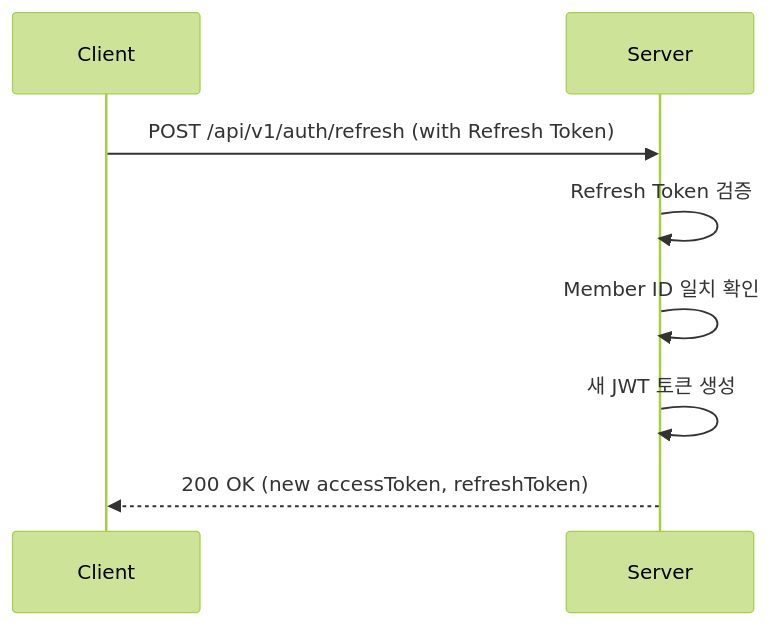
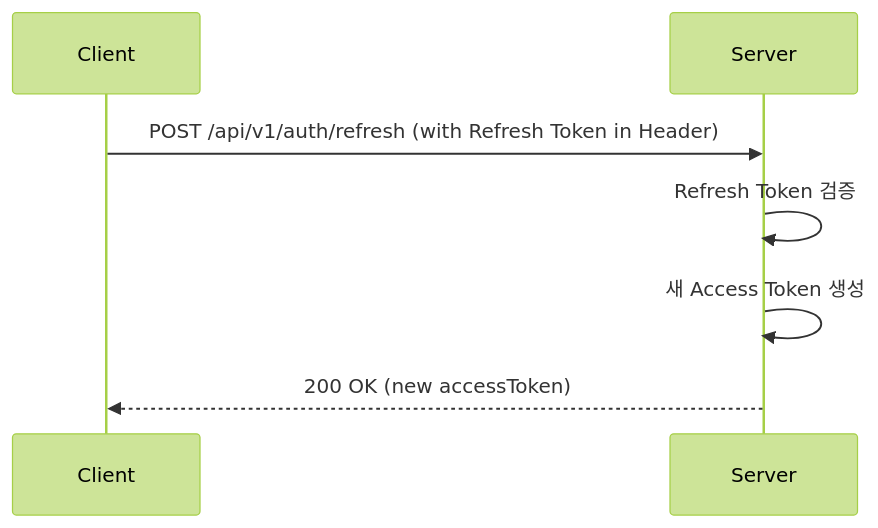
One commit to focus-to-level-up/api-server changed the third of 4 diagrams in API_DOCUMENTATION.md. Above: the diagram before and after it, drawn with Mermaid (forest theme). The commit also changed other lines of this file, not shown here.

````diff
--- a/API_DOCUMENTATION.md
+++ b/API_DOCUMENTATION.md
@@ -571,11 +555,10 @@
 ```mermaid
 sequenceDiagram
     participant Client
     participant Server
 
-    Client->>Server: POST /api/v1/auth/refresh (with Refresh Token)
+    Client->>Server: POST /api/v1/auth/refresh (with Refresh Token in Header)
     Server->>Server: Refresh Token 검증
-    Server->>Server: Member ID 일치 확인
-    Server->>Server: 새 JWT 토큰 생성
-    Server-->>Client: 200 OK (new accessToken, refreshToken)
+    Server->>Server: 새 Access Token 생성
+    Server-->>Client: 200 OK (new accessToken)
 ```
````
